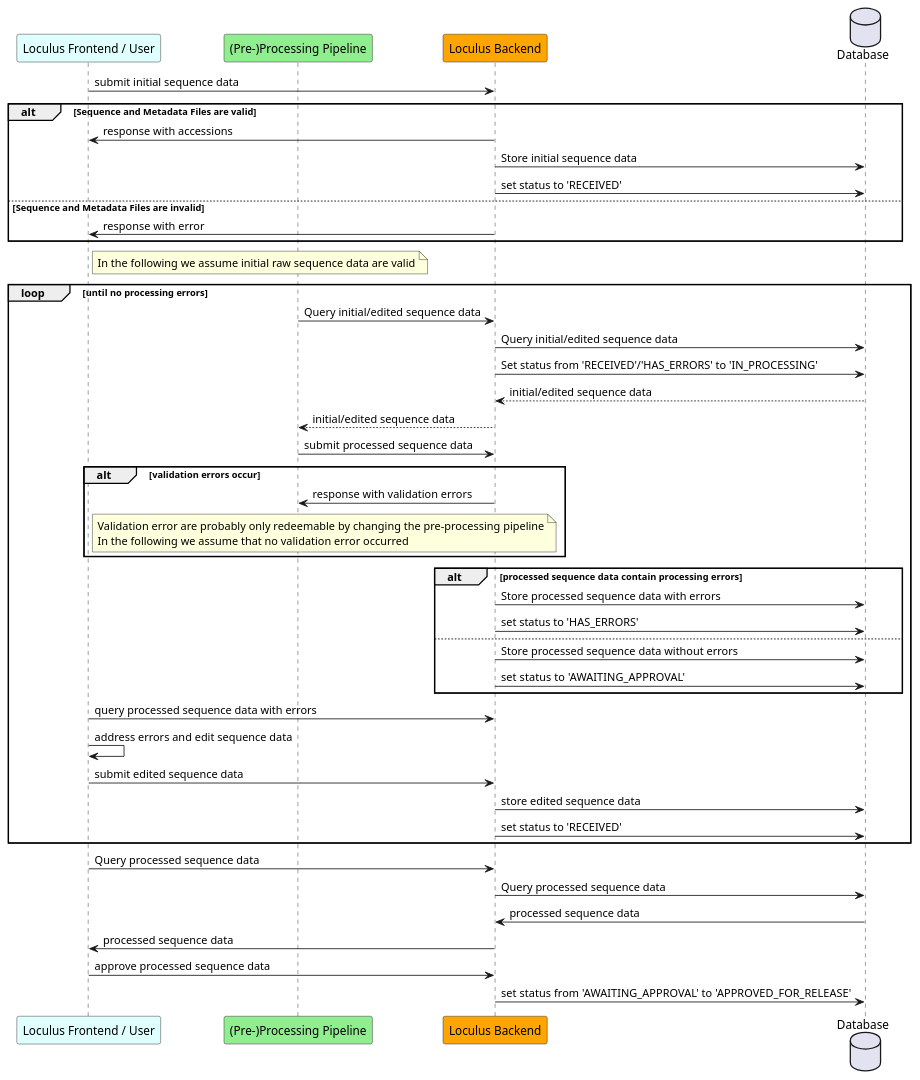
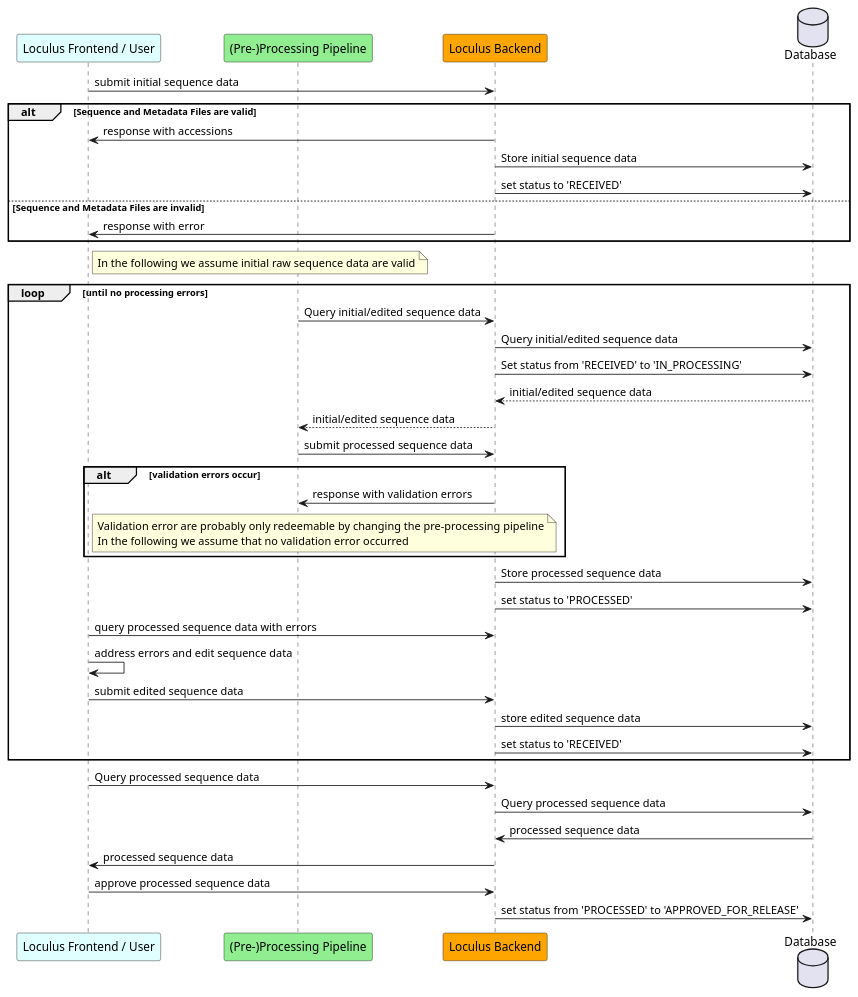
One commit to loculus-project/loculus changed the diagram in backend/docs/plantuml/sequenceInitialSubmission.puml. Above: the diagram before and after it, drawn with PlantUML. The commit also changed 3 other files, not shown here.

Commit message:
Update diagrams

```diff
--- a/backend/docs/plantuml/sequenceInitialSubmission.puml
+++ b/backend/docs/plantuml/sequenceInitialSubmission.puml
@@ -1,61 +1,57 @@
 @startuml
     participant "Loculus Frontend / User" as frontend #LightCyan
     participant "(Pre-)Processing Pipeline" as processing #LightGreen
     participant "Loculus Backend" as backend #Orange
     database "Database" as DB
 
     frontend -> backend: submit initial sequence data
     alt Sequence and Metadata Files are valid
         backend -> frontend: response with accessions
         backend -> DB: Store initial sequence data
         backend -> DB: set status to 'RECEIVED'
     else Sequence and Metadata Files are invalid
         backend -> frontend: response with error
     end
 
    note right of frontend
       In the following we assume initial raw sequence data are valid
    end note
 
     loop until no processing errors
 
         processing -> backend: Query initial/edited sequence data
         backend -> DB: Query initial/edited sequence data
-        backend -> DB: Set status from 'RECEIVED'/'HAS_ERRORS' to 'IN_PROCESSING'
+        backend -> DB: Set status from 'RECEIVED' to 'IN_PROCESSING'
         DB --> backend: initial/edited sequence data
         backend --> processing: initial/edited sequence data
 
         processing -> backend: submit processed sequence data
         alt validation errors occur
             backend -> processing: response with validation errors
              note right of frontend
                   Validation error are probably only redeemable by changing the pre-processing pipeline
                   In the following we assume that no validation error occurred
                end note
         end loop
 
-        alt processed sequence data contain processing errors
-            backend -> DB: Store processed sequence data with errors
-            backend -> DB: set status to 'HAS_ERRORS'
-        else
-            backend -> DB: Store processed sequence data without errors
-            backend -> DB: set status to 'AWAITING_APPROVAL'
-        end
-         frontend -> backend: query processed sequence data with errors
+        backend -> DB: Store processed sequence data
+        backend -> DB: set status to 'PROCESSED'
+
+        frontend -> backend: query processed sequence data with errors
         frontend -> frontend: address errors and edit sequence data
 
         frontend -> backend: submit edited sequence data
         backend -> DB: store edited sequence data
         backend -> DB: set status to 'RECEIVED'
     end loop
 
 
     frontend -> backend: Query processed sequence data
     backend -> DB: Query processed sequence data
     DB -> backend: processed sequence data
     backend -> frontend: processed sequence data
 
     frontend -> backend: approve processed sequence data
-    backend -> DB: set status from 'AWAITING_APPROVAL' to 'APPROVED_FOR_RELEASE'
+    backend -> DB: set status from 'PROCESSED' to 'APPROVED_FOR_RELEASE'
 
 @enduml
```
